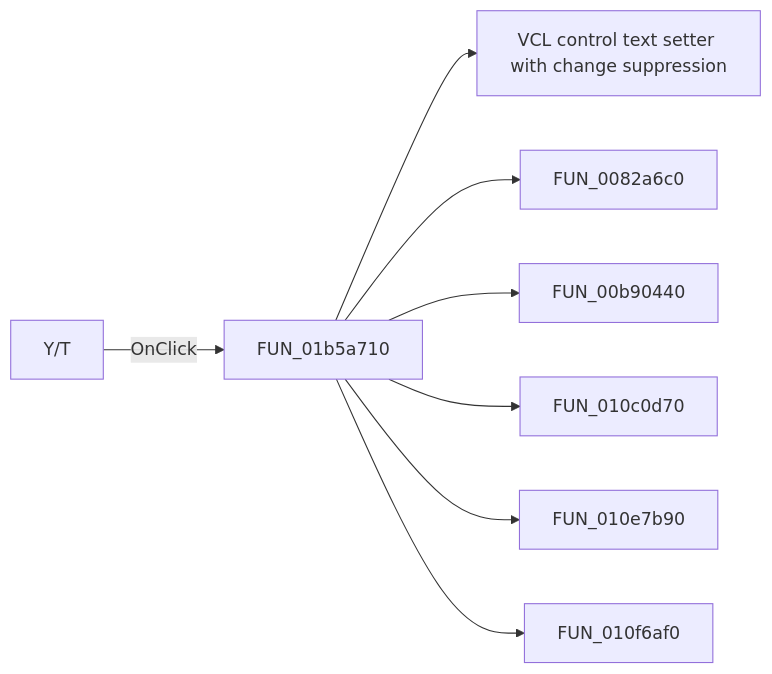
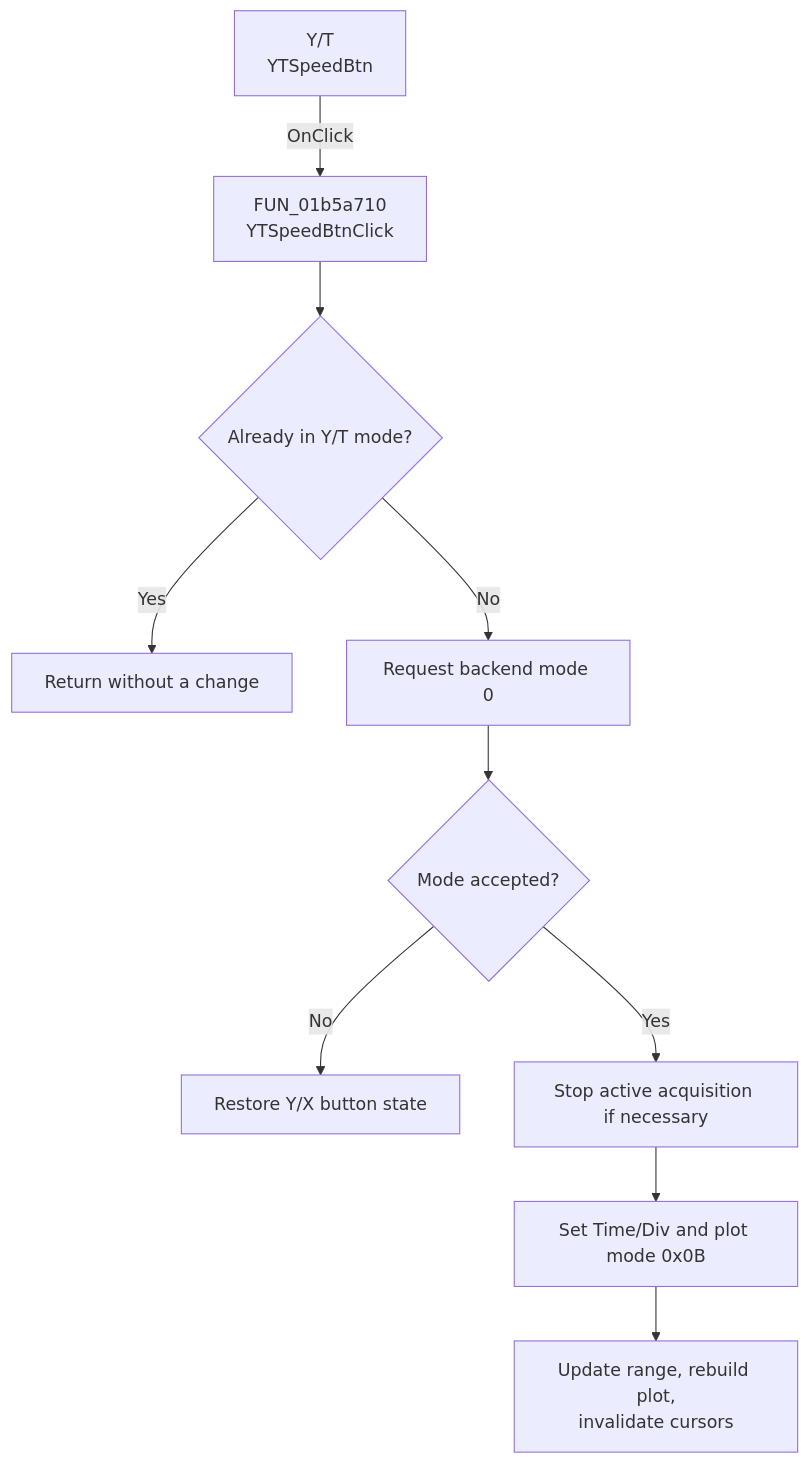
One commit to MovGP0/TIARA changed the diagram in docs/ui-controls/xyrecorderwin/ytspeedbtn-28bf1af21e.md. Above: the diagram before and after it, drawn with Mermaid. The commit also changed other lines of this file and 387 other files, not shown here.

````diff
--- a/docs/ui-controls/xyrecorderwin/ytspeedbtn-28bf1af21e.md
+++ b/docs/ui-controls/xyrecorderwin/ytspeedbtn-28bf1af21e.md
@@ -27,10 +29,12 @@
 ```mermaid
-flowchart LR
-    control["Y/T"] -->|OnClick| handler["FUN_01b5a710"]
-    handler --> call1["VCL control text setter with change suppression"]
-    handler --> call2["FUN_0082a6c0"]
-    handler --> call3["FUN_00b90440"]
-    handler --> call4["FUN_010c0d70"]
-    handler --> call5["FUN_010e7b90"]
-    handler --> call6["FUN_010f6af0"]
+flowchart TD
+    control["Y/T<br/>YTSpeedBtn"] -->|OnClick| handler["FUN_01b5a710<br/>YTSpeedBtnClick"]
+    handler --> current{"Already in Y/T mode?"}
+    current -->|Yes| unchanged["Return without a change"]
+    current -->|No| request["Request backend mode 0"]
+    request --> accepted{"Mode accepted?"}
+    accepted -->|No| restore["Restore Y/X button state"]
+    accepted -->|Yes| stop["Stop active acquisition if necessary"]
+    stop --> axes["Set Time/Div and plot mode 0x0B"]
+    axes --> rebuild["Update range, rebuild plot,<br/>invalidate cursors"]
 ```
````
